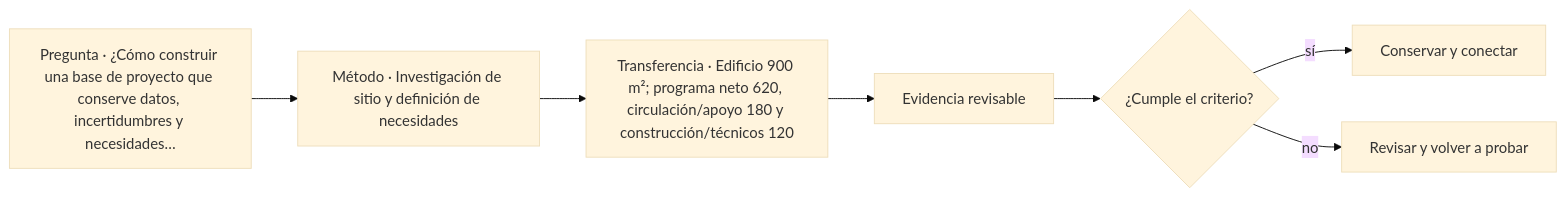
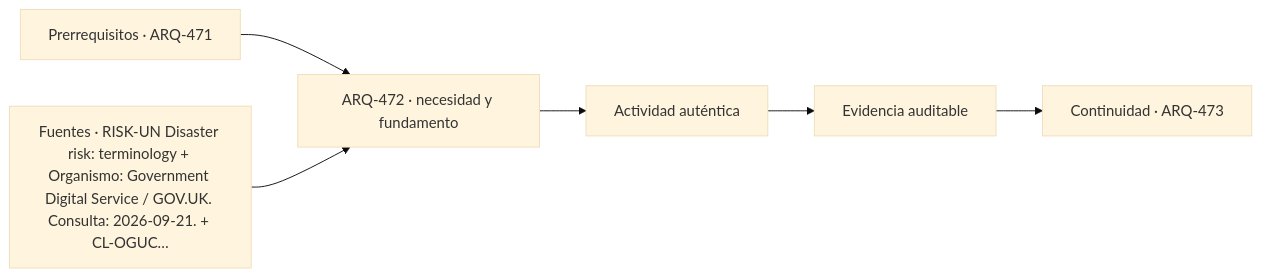
Before and after one commit to vladimiracunadev-create/architecture-built-environment-learning-program: the diagram in classes/parte-48/ARQ-472.md, drawn with Mermaid (base theme). The commit also changed other lines of this file and 761 other files, not shown here.

````diff
--- a/classes/parte-48/ARQ-472.md
+++ b/classes/parte-48/ARQ-472.md
@@ -75,9 +87,8 @@
 ```mermaid
 flowchart LR
-    Q["Pregunta · ¿Cómo construir una base de proyecto que conserve datos, incertidumbres y necesidades…"] --> M["Método · Investigación de sitio y definición de necesidades"]
-    M --> P["Transferencia · Edificio 900 m²; programa neto 620, circulación/apoyo 180 y construcción/técnicos 120"]
-    P --> E["Evidencia revisable"]
-    E --> C{"¿Cumple el criterio?"}
-    C -->|sí| T["Conservar y conectar"]
-    C -->|no| R["Revisar y volver a probar"]
+    A["Prerrequisitos · ARQ-471"] --> B["ARQ-472 · necesidad y fundamento"]
+    S["Fuentes · RISK-UN Disaster risk: terminology + Organismo: Government Digital Service / GOV.UK. Consulta: 2026-09-21. + CL-OGUC…"] --> B
+    B --> C["Actividad auténtica"]
+    C --> D["Evidencia auditable"]
+    D --> E["Continuidad · ARQ-473"]
 ```
````
